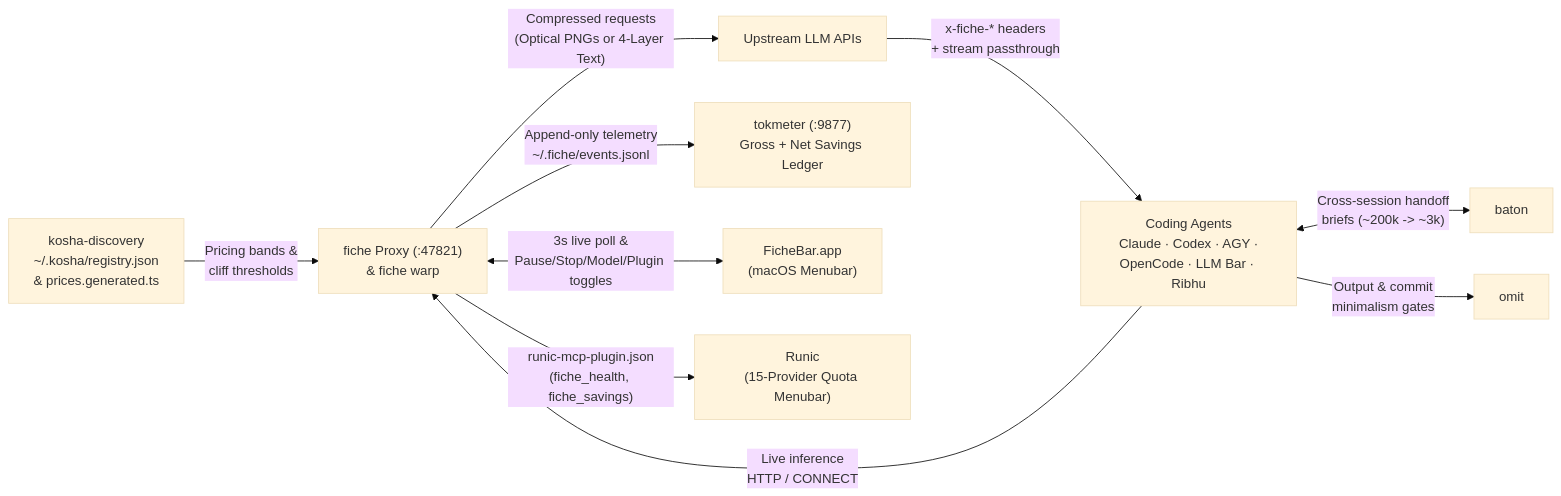
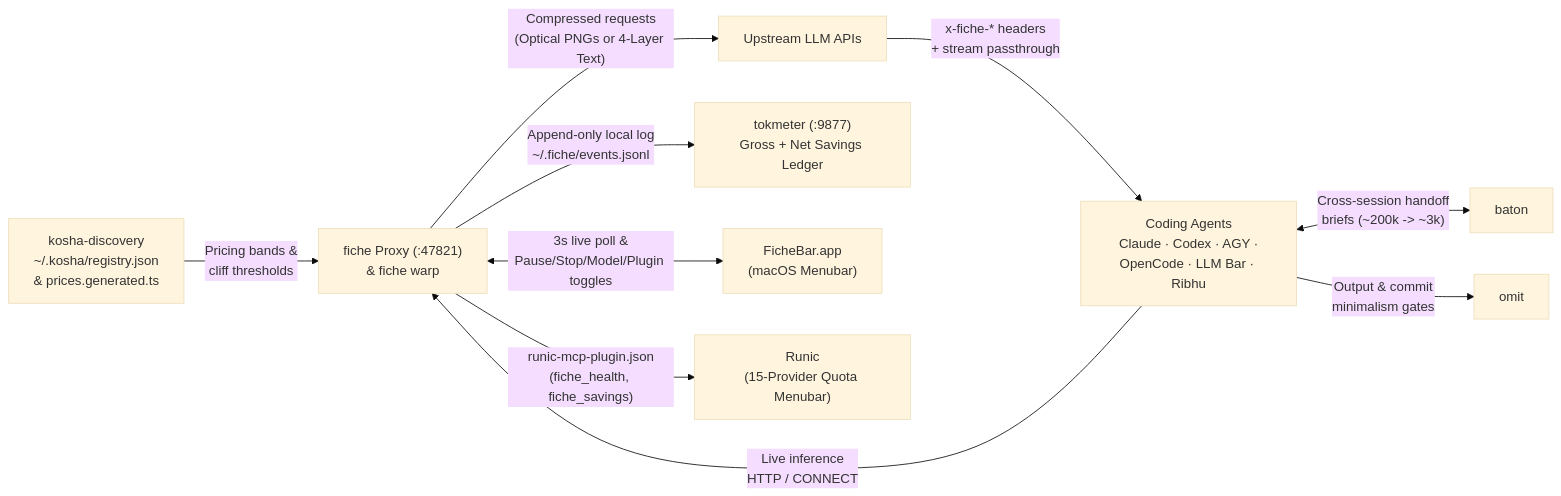
The diagram in docs/ECOSYSTEM_INTEGRATION.md (sriinnu/fiche), drawn with Mermaid (base theme) before and after one commit. The commit also changed other lines of this file and 150 other files, not shown here.

````diff
--- a/docs/ECOSYSTEM_INTEGRATION.md
+++ b/docs/ECOSYSTEM_INTEGRATION.md
@@ -9,12 +9,12 @@
 ```mermaid
 flowchart LR
   K["kosha-discovery\n~/.kosha/registry.json\n& prices.generated.ts"] -->|"Pricing bands &\ncliff thresholds"| F["fiche Proxy (:47821)\n& fiche warp"]
   A["Coding Agents\nClaude · Codex · AGY ·\nOpenCode · LLM Bar · Ribhu"] -->|"Live inference\nHTTP / CONNECT"| F
   F -->|"Compressed requests\n(Optical PNGs or 4-Layer Text)"| U["Upstream LLM APIs"]
   U -->|"x-fiche-* headers\n+ stream passthrough"| A
-  F -->|"Append-only telemetry\n~/.fiche/events.jsonl"| T["tokmeter (:9877)\nGross + Net Savings Ledger"]
+  F -->|"Append-only local log\n~/.fiche/events.jsonl"| T["tokmeter (:9877)\nGross + Net Savings Ledger"]
   F <-->|"3s live poll &\nPause/Stop/Model/Plugin toggles"| FB["FicheBar.app\n(macOS Menubar)"]
   F -->|"runic-mcp-plugin.json\n(fiche_health, fiche_savings)"| R["Runic\n(15-Provider Quota Menubar)"]
   A <-->|"Cross-session handoff\nbriefs (~200k -> ~3k)"| B["baton"]
   A -->|"Output & commit\nminimalism gates"| O["omit"]
 ```
````
